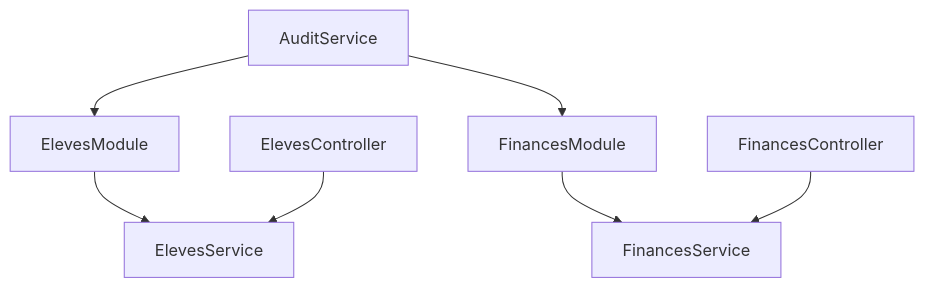
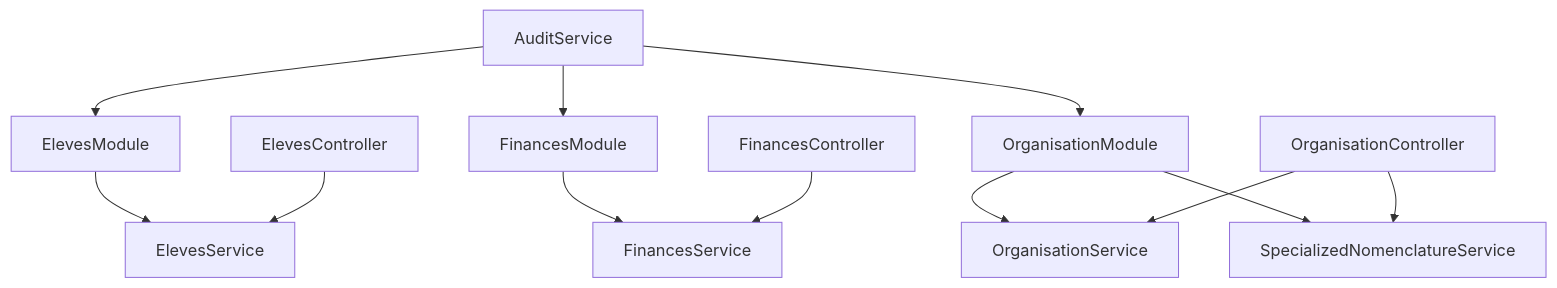
Before and after one commit to franckylab/eLISAschool: diagram 14 of 17 in .qoder/repowiki/en/content/System Architecture/Backend Architecture/Backend Architecture.md, drawn with Mermaid. The commit also changed other lines of this file and 35 other files, not shown here.

First line of the commit message:
refactor(configuration): redistribuer la gestion de la configuration vers architecture distribuée

````diff
--- a/.qoder/repowiki/en/content/System Architecture/Backend Architecture/Backend Architecture.md
+++ b/.qoder/repowiki/en/content/System Architecture/Backend Architecture/Backend Architecture.md
@@ -412,9 +515,14 @@
 ```mermaid
 graph TB
 ModA["ElevesModule"] --> ProvA["ElevesService"]
 ModB["FinancesModule"] --> ProvB["FinancesService"]
+ModC["OrganisationModule"] --> ProvC["OrganisationService"]
+ModC --> ProvD["SpecializedNomenclatureService"]
 Shared["AuditService"] --> ModA
 Shared --> ModB
+Shared --> ModC
 CtrlA["ElevesController"] --> ProvA
 CtrlB["FinancesController"] --> ProvB
+CtrlC["OrganisationController"] --> ProvC
+CtrlC --> ProvD
 ```
````
